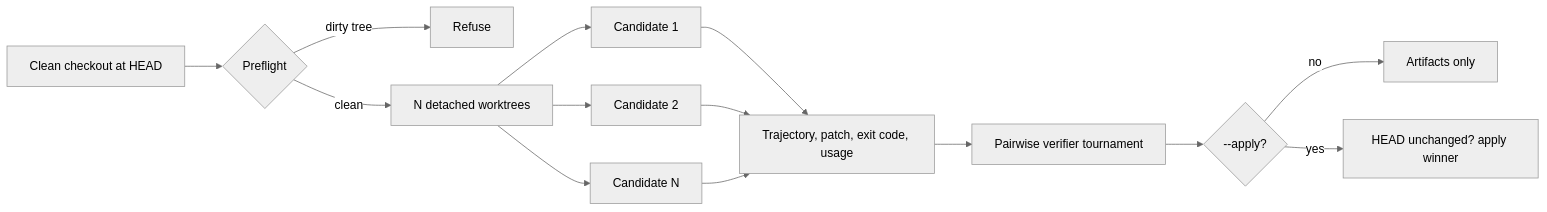
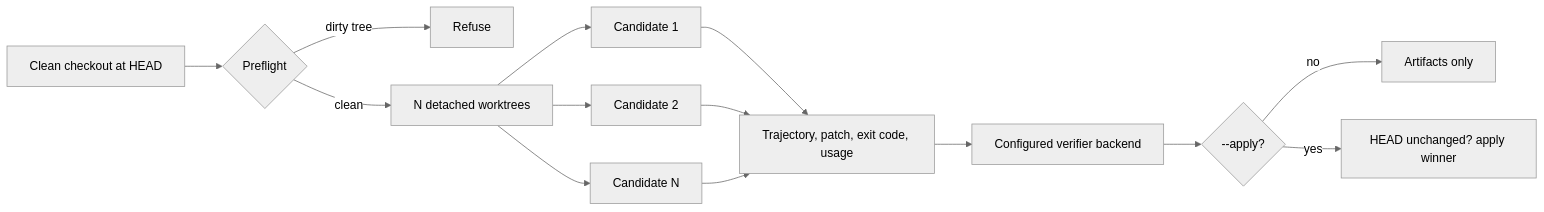
Before and after one commit to wolfiesch/omp-best-of: the diagram in README.md, drawn with Mermaid (neutral theme). The commit also changed other lines of this file and 11 other files, not shown here.

````diff
--- a/README.md
+++ b/README.md
@@ -20,16 +20,16 @@
 ```mermaid
 flowchart LR
     A[Clean checkout at HEAD] --> B{Preflight}
     B -->|dirty tree| X[Refuse]
     B -->|clean| C[N detached worktrees]
     C --> D1[Candidate 1]
     C --> D2[Candidate 2]
     C --> D3[Candidate N]
     D1 --> E[Trajectory, patch, exit code, usage]
     D2 --> E
     D3 --> E
-    E --> F[Pairwise verifier tournament]
+    E --> F[Configured verifier backend]
     F --> G{--apply?}
     G -->|no| H[Artifacts only]
     G -->|yes| I[HEAD unchanged? apply winner]
 ```
````
